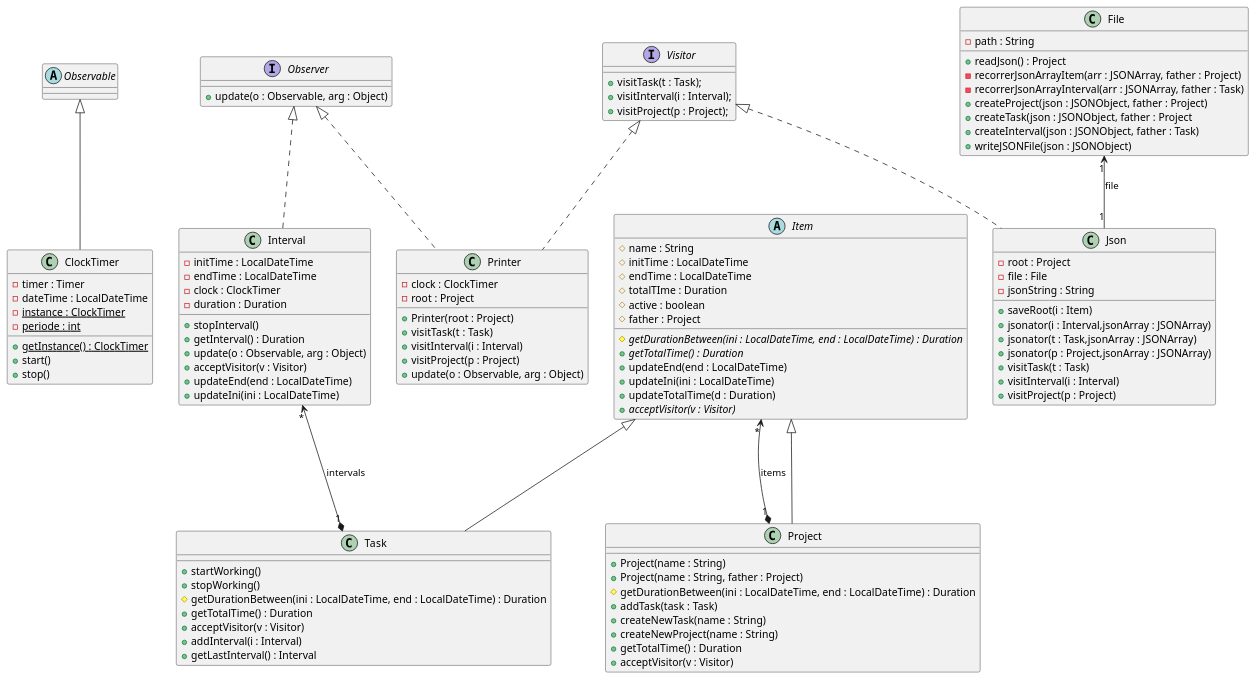
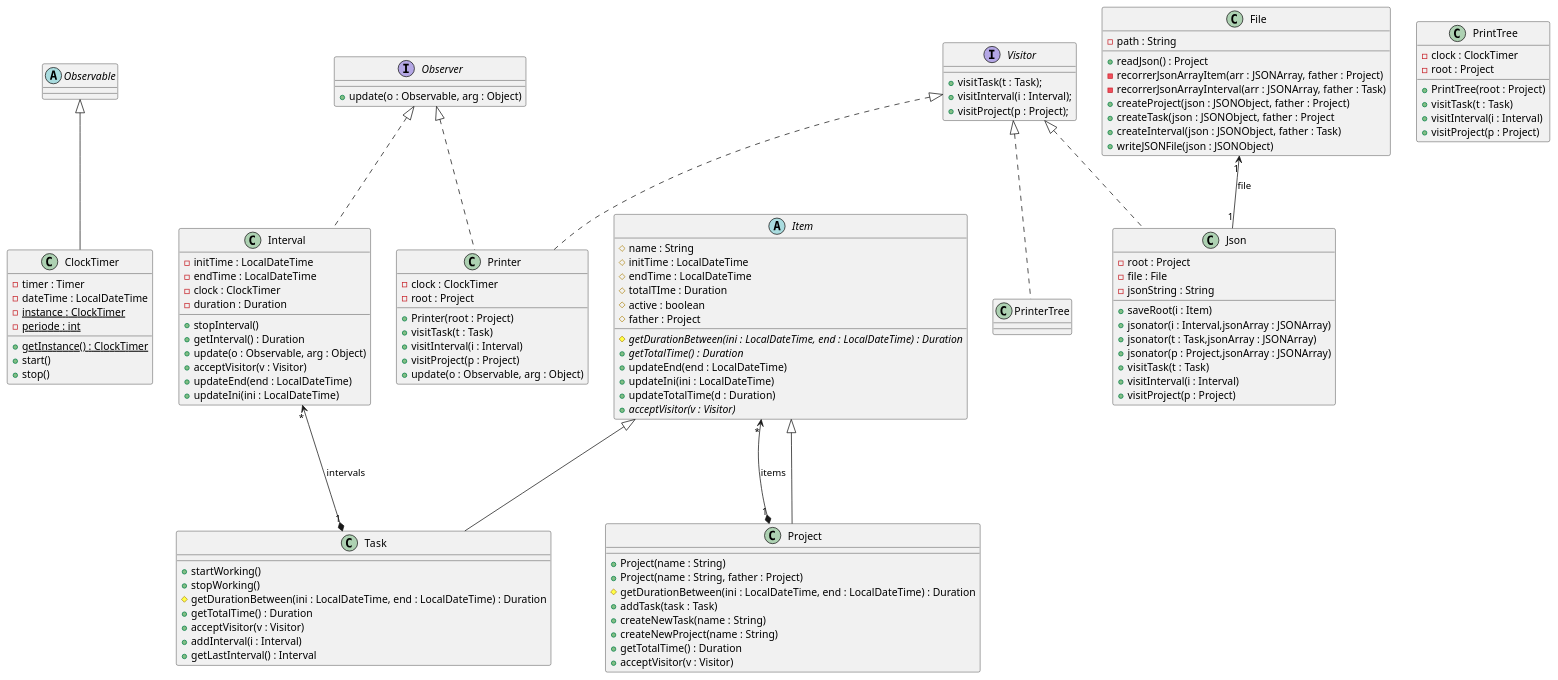
Before and after one commit to ewyalcuadrao/DS_practica: the diagram in diagrama_TimeTracker.puml, drawn with PlantUML. The commit also changed 3 other files, not shown here.

```diff
--- a/diagrama_TimeTracker.puml
+++ b/diagrama_TimeTracker.puml
@@ -1,120 +1,130 @@
 @startuml
 abstract Observable{
 
 }
 
 interface Observer{
 + update(o : Observable, arg : Object)
 }
 
 abstract Item{
 # name : String
 # initTime : LocalDateTime
 # endTime : LocalDateTime
 # totalTIme : Duration
 # active : boolean
 # father : Project
 # {abstract} getDurationBetween(ini : LocalDateTime, end : LocalDateTime) : Duration
 + {abstract} getTotalTime() : Duration
 + updateEnd(end : LocalDateTime)
 + updateIni(ini : LocalDateTime)
 + updateTotalTime(d : Duration)
 + {abstract} acceptVisitor(v : Visitor)
 }
 
 
 class Project{
 + Project(name : String)
 + Project(name : String, father : Project)
 # getDurationBetween(ini : LocalDateTime, end : LocalDateTime) : Duration
 + addTask(task : Task)
 + createNewTask(name : String)
 + createNewProject(name : String)
 + getTotalTime() : Duration
 + acceptVisitor(v : Visitor)
 }
 
 class Task{
 + startWorking()
 + stopWorking()
 # getDurationBetween(ini : LocalDateTime, end : LocalDateTime) : Duration
 + getTotalTime() : Duration
 + acceptVisitor(v : Visitor)
 + addInterval(i : Interval)
 + getLastInterval() : Interval
 }
 
 class Interval{
 - initTime : LocalDateTime
 - endTime : LocalDateTime
 - clock : ClockTimer
 - duration : Duration
 + stopInterval()
 + getInterval() : Duration
 + update(o : Observable, arg : Object)
 + acceptVisitor(v : Visitor)
 + updateEnd(end : LocalDateTime)
 + updateIni(ini : LocalDateTime)
 }
 
 class ClockTimer{
 - timer : Timer
 - dateTime : LocalDateTime
 - {static} instance : ClockTimer
 - {static} periode : int
 + {static} getInstance() : ClockTimer
 + start()
 + stop()
 }
 
 interface Visitor{
 + visitTask(t : Task);
 + visitInterval(i : Interval);
 + visitProject(p : Project);
 }
 
 class Printer{
 - clock : ClockTimer
 - root : Project
 + Printer(root : Project)
 + visitTask(t : Task)
 + visitInterval(i : Interval)
 + visitProject(p : Project)
 + update(o : Observable, arg : Object)
 }
 
 class Json{
 - root : Project
 - file : File
 - jsonString : String
 + saveRoot(i : Item)
 + jsonator(i : Interval,jsonArray : JSONArray)
 + jsonator(t : Task,jsonArray : JSONArray)
 + jsonator(p : Project,jsonArray : JSONArray)
 + visitTask(t : Task)
 + visitInterval(i : Interval)
 + visitProject(p : Project)
 }
 
 class File{
 - path : String
 + readJson() : Project
 - recorrerJsonArrayItem(arr : JSONArray, father : Project)
 - recorrerJsonArrayInterval(arr : JSONArray, father : Task)
 + createProject(json : JSONObject, father : Project)
 + createTask(json : JSONObject, father : Project
 + createInterval(json : JSONObject, father : Task)
 + writeJSONFile(json : JSONObject)
 }
 
+class PrintTree{
+- clock : ClockTimer
+- root : Project
++ PrintTree(root : Project)
++ visitTask(t : Task)
++ visitInterval(i : Interval)
++ visitProject(p : Project)
+}
+
 Item <|--- Project
 Item <|--- Task
 Item "*"<---*"1" Project : items
 Interval "*"<---*"1" Task : intervals
 Observer <|.. Interval
 Observable <|-- ClockTimer
 Observer <|.. Printer
 Visitor <|.. Printer
 Visitor <|.. Json
 File "1"<--"1" Json : file
+Visitor <|.. PrinterTree
 @enduml
```
